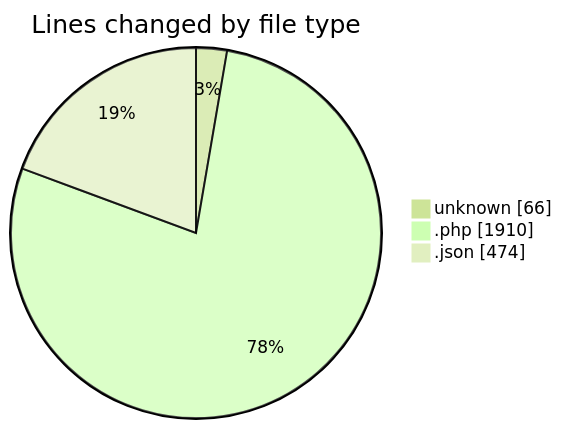
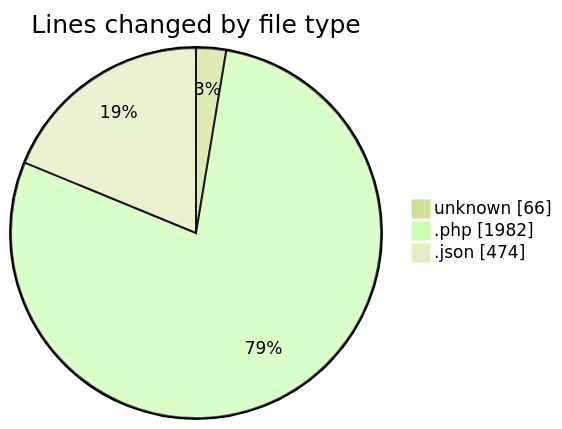
The first of 2 diagrams in 2025-05-27/studio-backend/README.md (idhammustaqopulfikri/code-tracking), drawn with Mermaid (forest theme) before and after one commit. The commit also changed other lines of this file and 1 other file, not shown here.

````diff
--- a/2025-05-27/studio-backend/README.md
+++ b/2025-05-27/studio-backend/README.md
@@ -52,7 +53,7 @@
 ```mermaid
 pie showData
 title Lines changed by file type
 "unknown" : 66
-".php" : 1910
+".php" : 1982
 ".json" : 474
 ```
````
